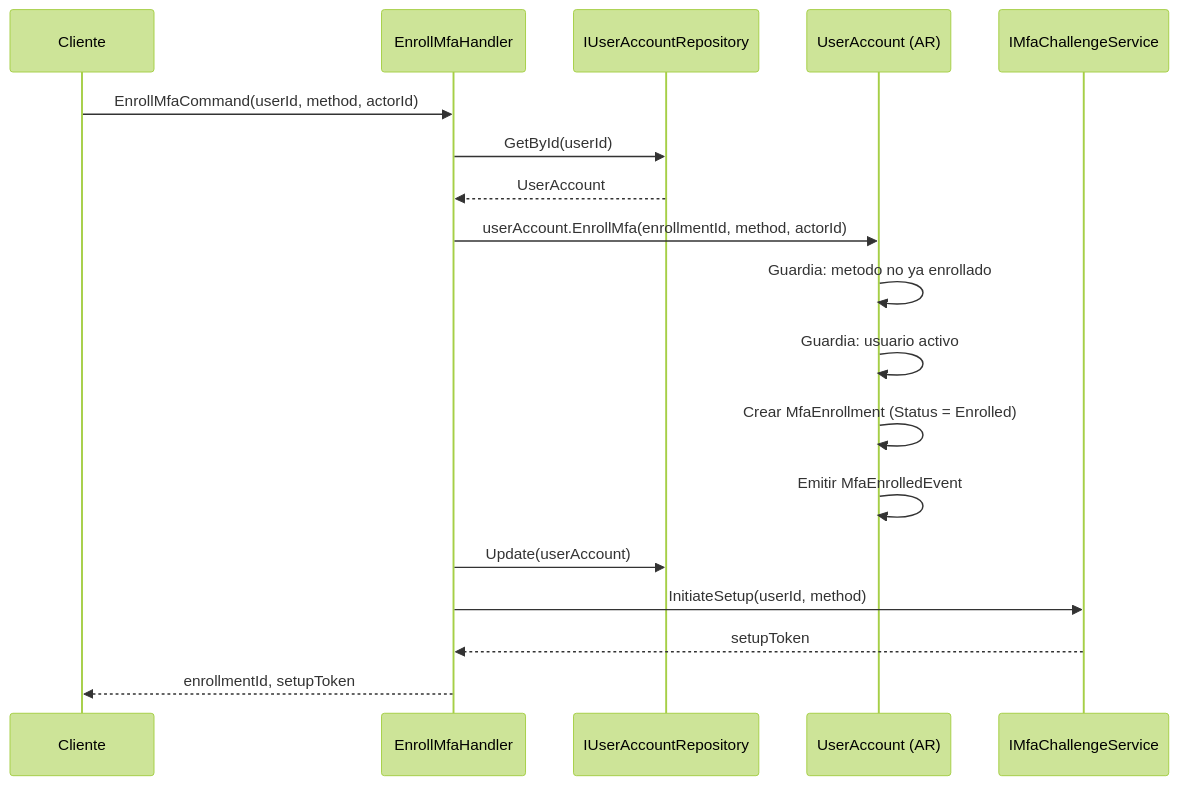
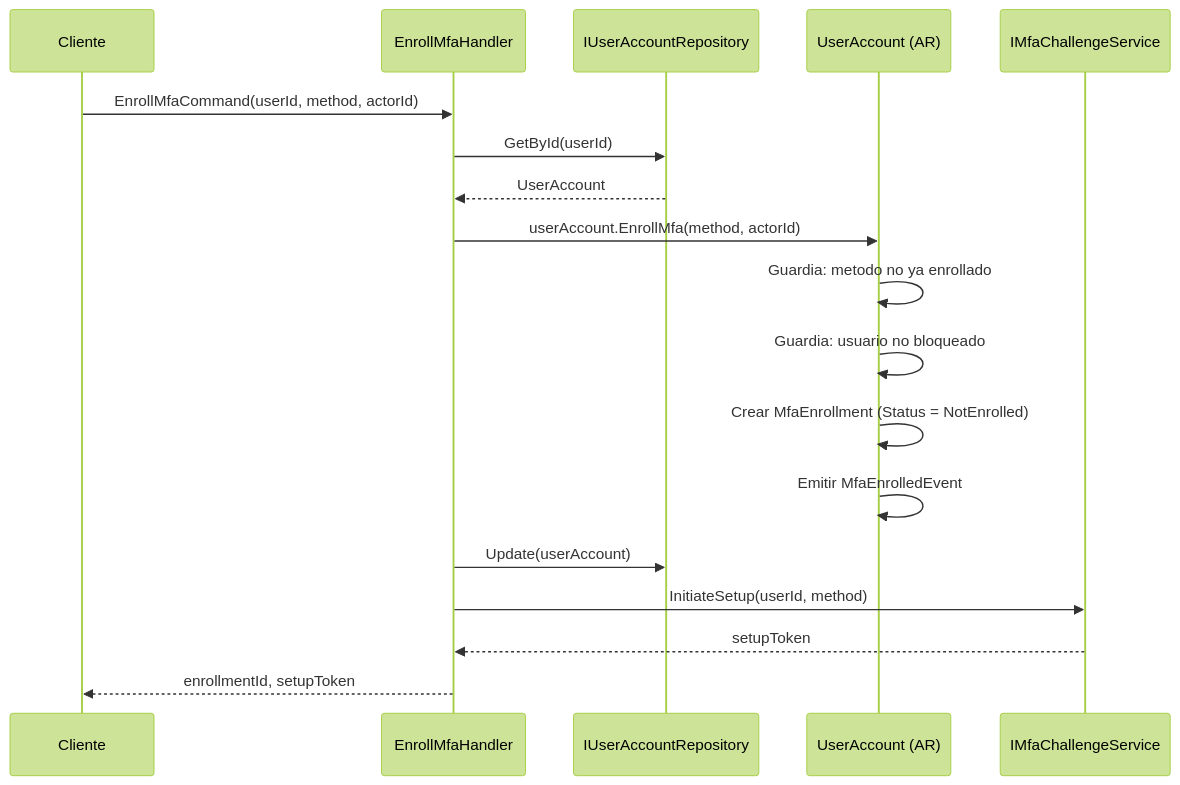
One commit to beyondnetcode/ums changed the fifth of 9 diagrams in docs/domain-es/identity/user-account.md. Above: the diagram before and after it, drawn with Mermaid (forest theme). The commit also changed other lines of this file and 19 other files, not shown here.

````diff
--- a/docs/domain-es/identity/user-account.md
+++ b/docs/domain-es/identity/user-account.md
@@ -206,21 +207,21 @@
 ```mermaid
 sequenceDiagram
     participant C as Cliente
     participant H as EnrollMfaHandler
     participant R as IUserAccountRepository
     participant U as UserAccount (AR)
     participant MFA as IMfaChallengeService
 
     C->>H: EnrollMfaCommand(userId, method, actorId)
     H->>R: GetById(userId)
     R-->>H: UserAccount
-    H->>U: userAccount.EnrollMfa(enrollmentId, method, actorId)
+    H->>U: userAccount.EnrollMfa(method, actorId)
     U->>U: Guardia: metodo no ya enrollado
-    U->>U: Guardia: usuario activo
-    U->>U: Crear MfaEnrollment (Status = Enrolled)
+    U->>U: Guardia: usuario no bloqueado
+    U->>U: Crear MfaEnrollment (Status = NotEnrolled)
     U->>U: Emitir MfaEnrolledEvent
     H->>R: Update(userAccount)
     H->>MFA: InitiateSetup(userId, method)
     MFA-->>H: setupToken
     H-->>C: enrollmentId, setupToken
 ```
````
